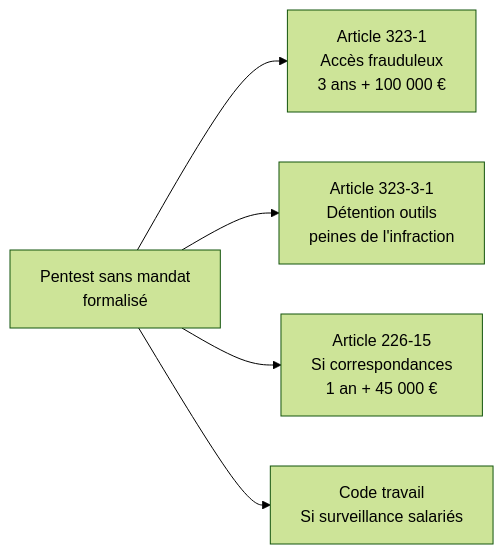
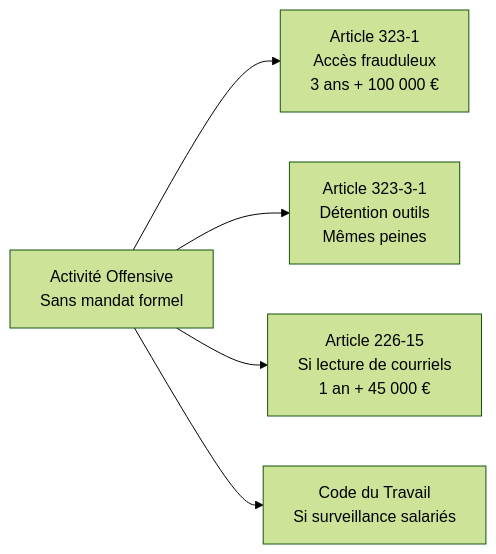
One commit to zyrass/omnydocs changed the first of 4 diagrams in docs/cursus-forensic/01-cycle-0-fondations/module-1-legislation/10-cadre-pentest-legal.md. Above: the diagram before and after it, drawn with Mermaid (forest theme). The commit also changed other lines of this file and 171 other files, not shown here.

````diff
--- a/docs/cursus-forensic/01-cycle-0-fondations/module-1-legislation/10-cadre-pentest-legal.md
+++ b/docs/cursus-forensic/01-cycle-0-fondations/module-1-legislation/10-cadre-pentest-legal.md
@@ -53,7 +53,7 @@
 ```mermaid
 flowchart LR
-    A[Pentest sans mandat<br>formalisé] --> B[Article 323-1<br>Accès frauduleux<br>3 ans + 100 000 €]
-    A --> C[Article 323-3-1<br>Détention outils<br>peines de l'infraction]
-    A --> D[Article 226-15<br>Si correspondances<br>1 an + 45 000 €]
-    A --> E[Code travail<br>Si surveillance salariés]
+    A["Activité Offensive<br>Sans mandat formel"] --> B["Article 323-1<br>Accès frauduleux<br>3 ans + 100 000 €"]
+    A --> C["Article 323-3-1<br>Détention outils<br>Mêmes peines"]
+    A --> D["Article 226-15<br>Si lecture de courriels<br>1 an + 45 000 €"]
+    A --> E["Code du Travail<br>Si surveillance salariés"]
 ```
````
